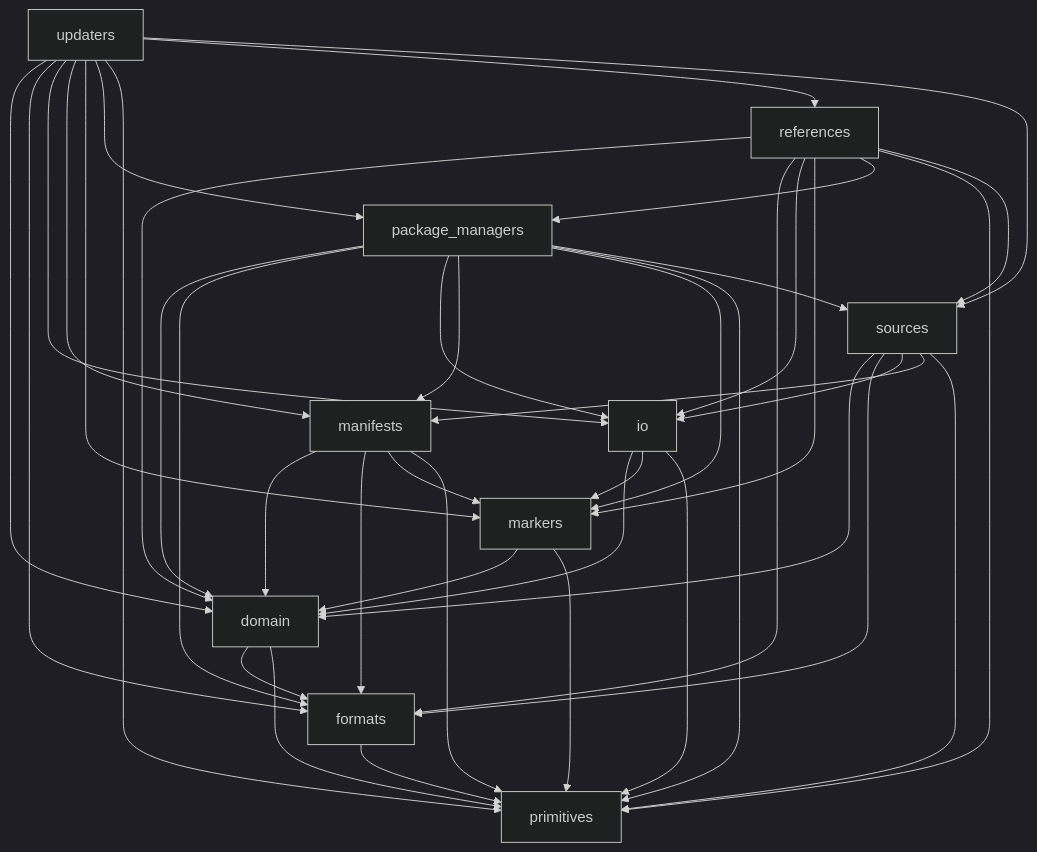
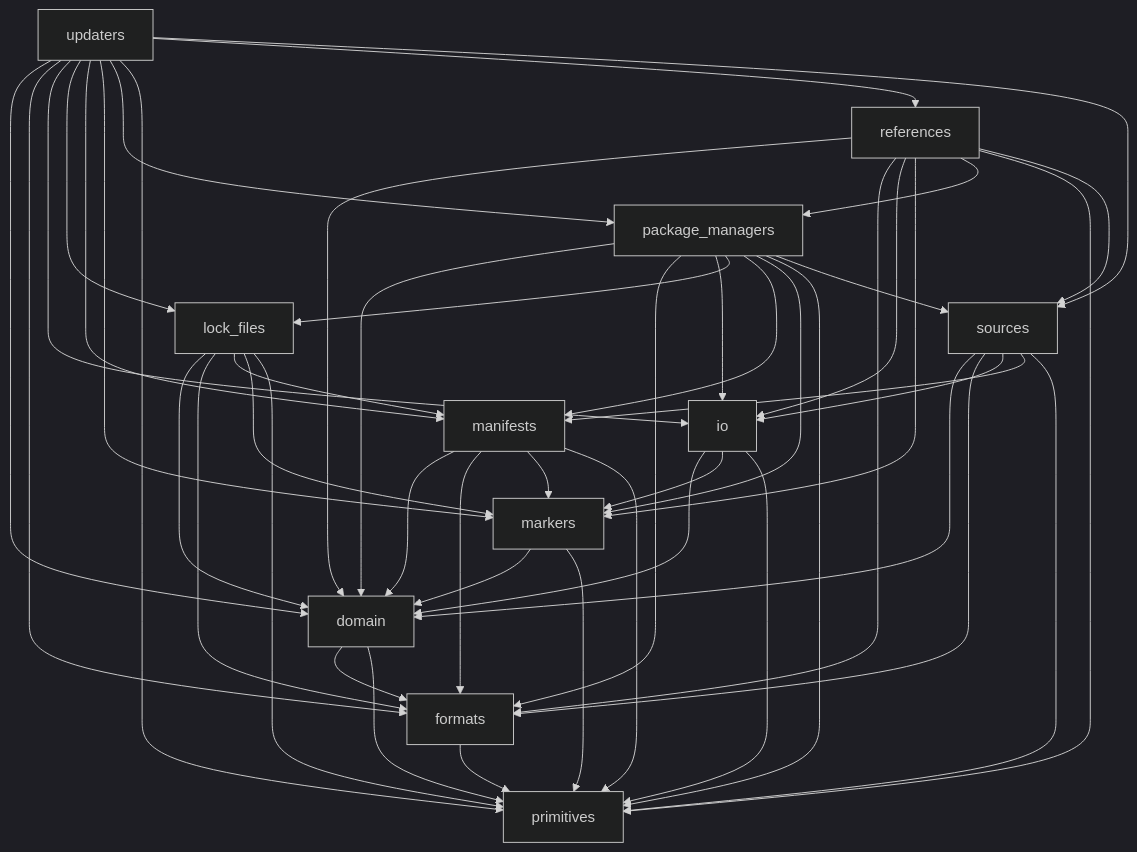
One commit to ICTU/update-time changed the diagram in docs/architecture.md. Above: the diagram before and after it, drawn with Mermaid (dark theme). The commit also changed 91 other files, not shown here.

````diff
--- a/docs/architecture.md
+++ b/docs/architecture.md
@@ -5,43 +5,50 @@
 ```mermaid
 flowchart TD
   domain --> formats
   domain --> primitives
   formats --> primitives
   io --> domain
   io --> markers
   io --> primitives
+  lock_files --> domain
+  lock_files --> formats
+  lock_files --> manifests
+  lock_files --> markers
+  lock_files --> primitives
   manifests --> domain
   manifests --> formats
   manifests --> markers
   manifests --> primitives
   markers --> domain
   markers --> primitives
   package_managers --> domain
   package_managers --> formats
   package_managers --> io
+  package_managers --> lock_files
   package_managers --> manifests
   package_managers --> markers
   package_managers --> primitives
   package_managers --> sources
   references --> domain
   references --> formats
   references --> io
   references --> markers
   references --> package_managers
   references --> primitives
   references --> sources
   sources --> domain
   sources --> formats
   sources --> io
   sources --> manifests
   sources --> primitives
   updaters --> domain
   updaters --> formats
   updaters --> io
+  updaters --> lock_files
   updaters --> manifests
   updaters --> markers
   updaters --> package_managers
   updaters --> primitives
   updaters --> references
   updaters --> sources
 ```
````
